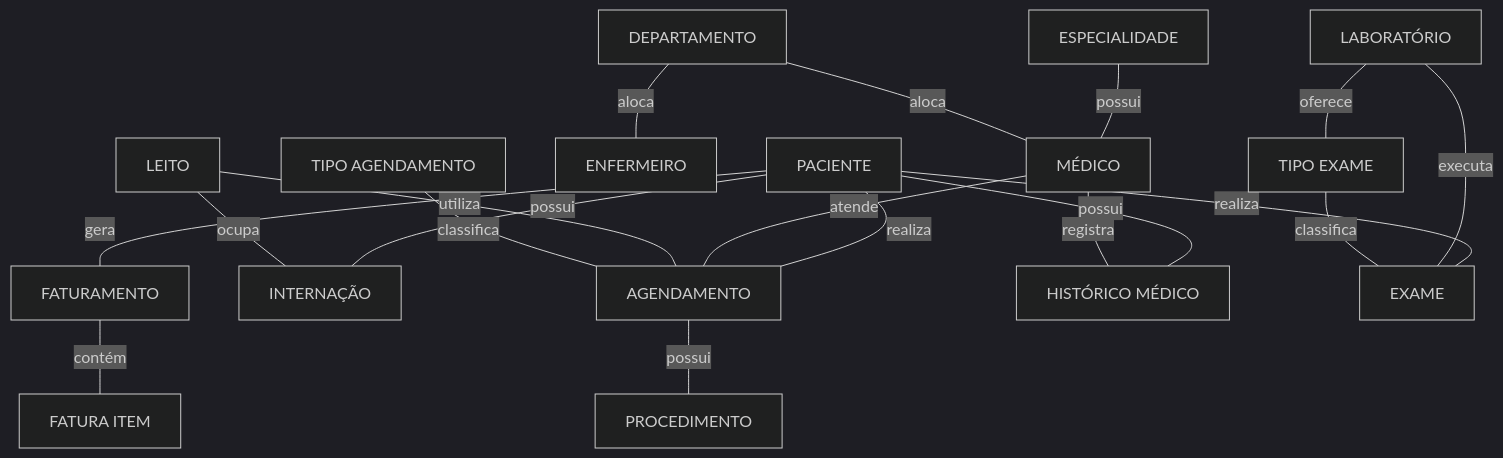
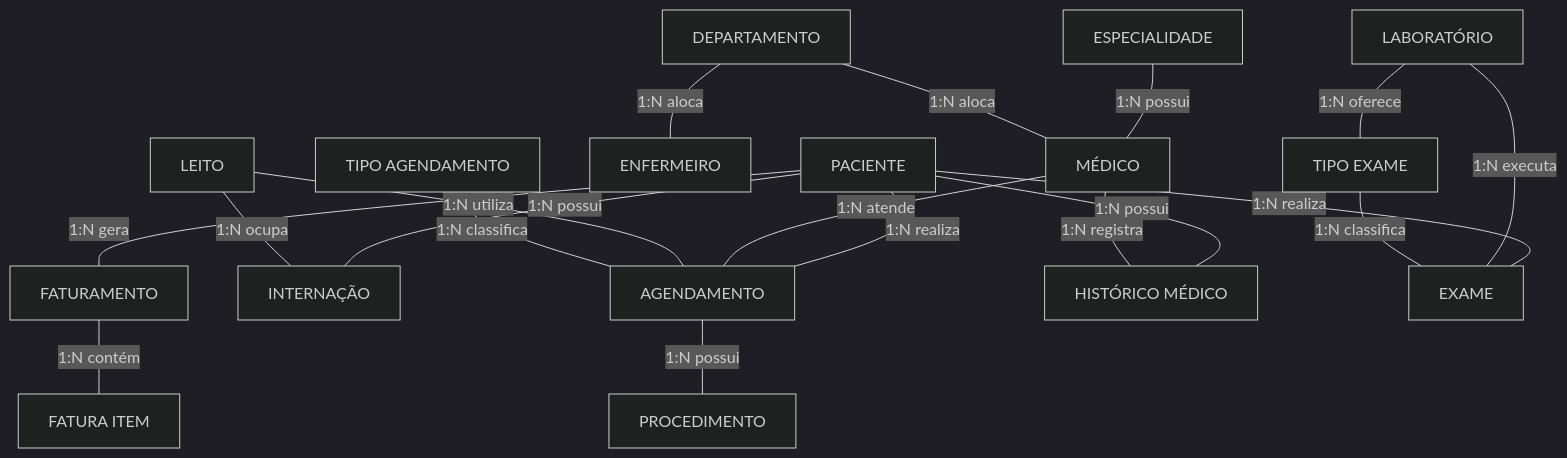
The diagram in schemas/er_diagram.mmd (vitxzap/senac_hospital_db), drawn with Mermaid (dark theme) before and after one commit. The commit also changed other lines of this file and 1 other file, not shown here.

Commit message:
minor fixes er_diagram

```diff
--- a/schemas/er_diagram.mmd
+++ b/schemas/er_diagram.mmd
@@ -1,44 +1,44 @@
 graph TB
     %% Entidades
     PACIENTE[PACIENTE]
     MEDICO[MÉDICO]
     ENFERMEIRO[ENFERMEIRO]
     DEPARTAMENTO[DEPARTAMENTO]
     ESPECIALIDADE[ESPECIALIDADE]
     LEITO[LEITO]
     AGENDAMENTO[AGENDAMENTO]
     TIPO_AGENDAMENTO[TIPO AGENDAMENTO]
     PROCEDIMENTO[PROCEDIMENTO]
     INTERNACAO[INTERNAÇÃO]
     FATURAMENTO[FATURAMENTO]
     FATURA_ITEM[FATURA ITEM]
     HISTORICO[HISTÓRICO MÉDICO]
     EXAME[EXAME]
     TIPO_EXAME[TIPO EXAME]
     LABORATORIO[LABORATÓRIO]
     
     %% Relacionamentos
-    PACIENTE ---|realiza| AGENDAMENTO
-    MEDICO ---|atende| AGENDAMENTO
-    LEITO ---|utiliza| AGENDAMENTO
-    TIPO_AGENDAMENTO ---|classifica| AGENDAMENTO
+    PACIENTE ---|1:N realiza| AGENDAMENTO
+    MEDICO ---|1:N atende| AGENDAMENTO
+    LEITO ---|1:N utiliza| AGENDAMENTO
+    TIPO_AGENDAMENTO ---|1:N classifica| AGENDAMENTO
     
-    AGENDAMENTO ---|possui| PROCEDIMENTO
+    AGENDAMENTO ---|1:N possui| PROCEDIMENTO
     
-    PACIENTE ---|possui| INTERNACAO
-    LEITO ---|ocupa| INTERNACAO
+    PACIENTE ---|1:N possui| INTERNACAO
+    LEITO ---|1:N ocupa| INTERNACAO
     
-    PACIENTE ---|gera| FATURAMENTO
-    FATURAMENTO ---|contém| FATURA_ITEM
+    PACIENTE ---|1:N gera| FATURAMENTO
+    FATURAMENTO ---|1:N contém| FATURA_ITEM
     
-    PACIENTE ---|possui| HISTORICO
-    MEDICO ---|registra| HISTORICO
+    PACIENTE ---|1:N possui| HISTORICO
+    MEDICO ---|1:N registra| HISTORICO
     
-    PACIENTE ---|realiza| EXAME
-    LABORATORIO ---|executa| EXAME
-    TIPO_EXAME ---|classifica| EXAME
-    LABORATORIO ---|oferece| TIPO_EXAME
+    PACIENTE ---|1:N realiza| EXAME
+    LABORATORIO ---|1:N executa| EXAME
+    TIPO_EXAME ---|1:N classifica| EXAME
+    LABORATORIO ---|1:N oferece| TIPO_EXAME
     
-    ESPECIALIDADE ---|possui| MEDICO
-    DEPARTAMENTO ---|aloca| MEDICO
-    DEPARTAMENTO ---|aloca| ENFERMEIRO
+    ESPECIALIDADE ---|1:N possui| MEDICO
+    DEPARTAMENTO ---|1:N aloca| MEDICO
+    DEPARTAMENTO ---|1:N aloca| ENFERMEIRO
```
